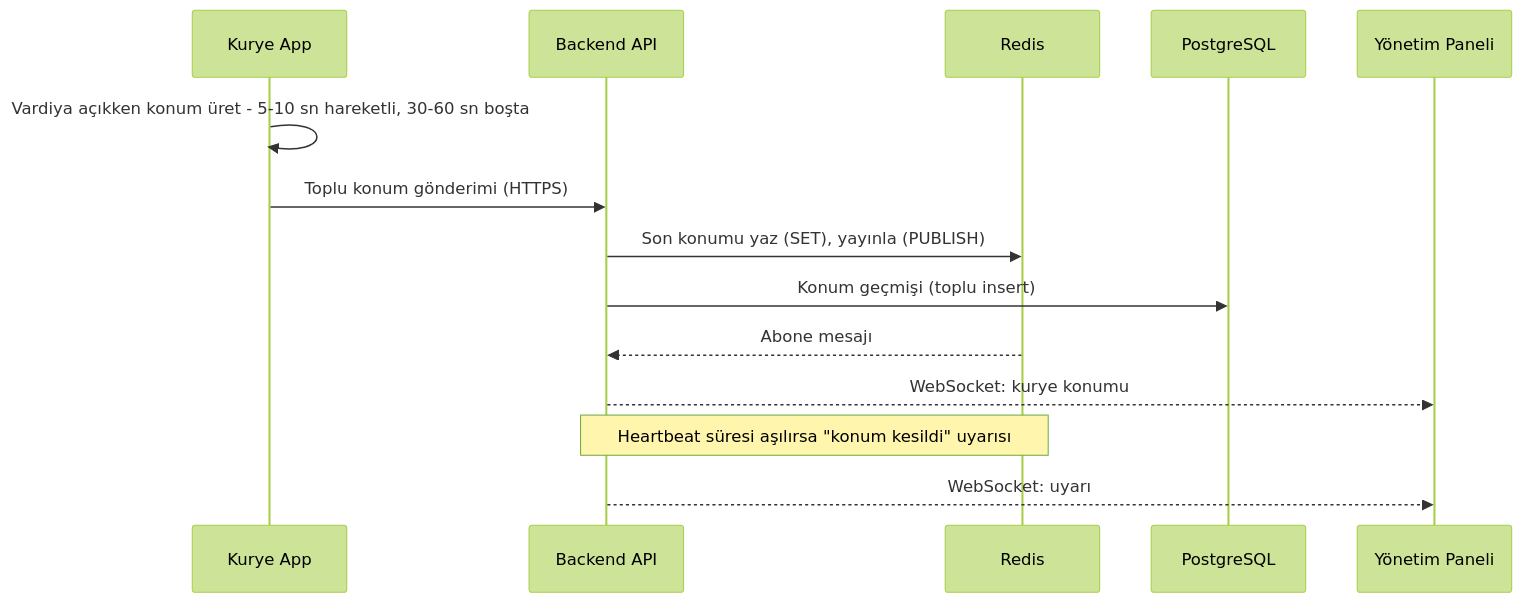
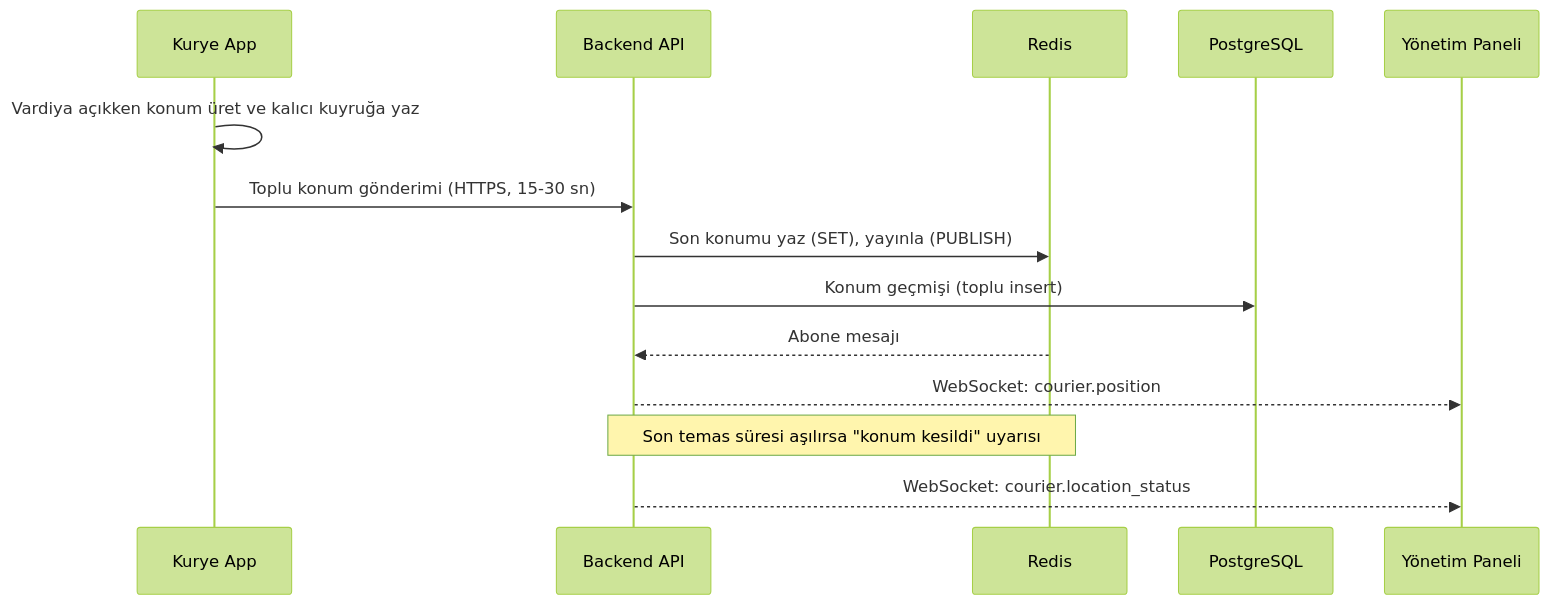
Before and after one commit to Kadir0642/kurye-yonetim-sistemi-showcase: the fourth of 5 diagrams in docs/MIMARI.md, drawn with Mermaid (forest theme). The commit also changed other lines of this file and 23 other files, not shown here.

````diff
--- a/docs/MIMARI.md
+++ b/docs/MIMARI.md
@@ -189,17 +199,17 @@
 ```mermaid
 sequenceDiagram
     participant K as Kurye App
     participant A as Backend API
     participant R as Redis
     participant P as PostgreSQL
     participant Y as Yönetim Paneli
 
-    K->>K: Vardiya açıkken konum üret - 5-10 sn hareketli, 30-60 sn boşta
-    K->>A: Toplu konum gönderimi (HTTPS)
+    K->>K: Vardiya açıkken konum üret ve kalıcı kuyruğa yaz
+    K->>A: Toplu konum gönderimi (HTTPS, 15-30 sn)
     A->>R: Son konumu yaz (SET), yayınla (PUBLISH)
     A->>P: Konum geçmişi (toplu insert)
     R-->>A: Abone mesajı
-    A-->>Y: WebSocket: kurye konumu
-    Note over A,R: Heartbeat süresi aşılırsa "konum kesildi" uyarısı
-    A-->>Y: WebSocket: uyarı
+    A-->>Y: WebSocket: courier.position
+    Note over A,R: Son temas süresi aşılırsa "konum kesildi" uyarısı
+    A-->>Y: WebSocket: courier.location_status
 ```
````
